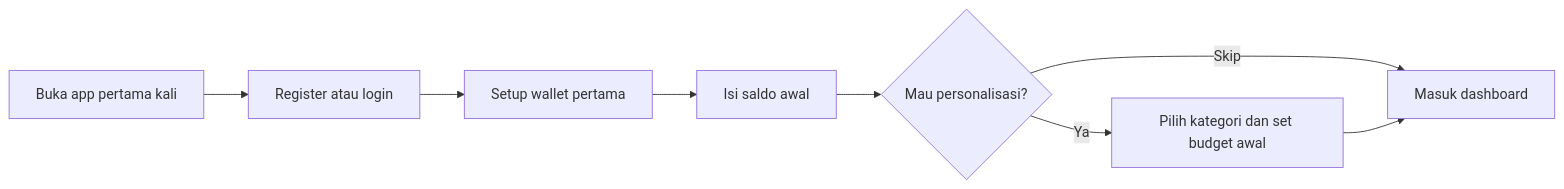
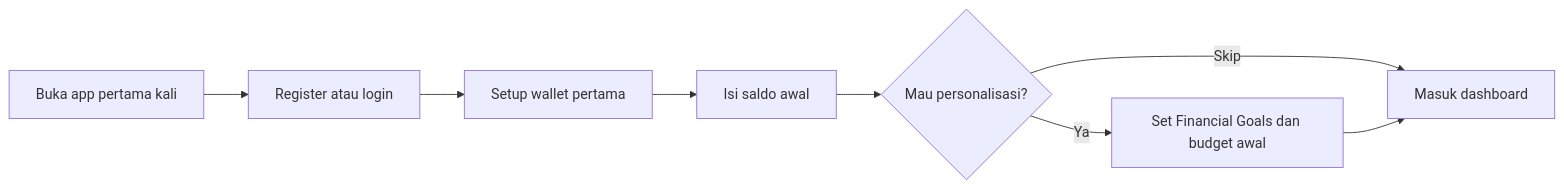
The fourth of 11 diagrams in docs/PRD.md (RioSudrajat/Halofin), drawn with Mermaid before and after one commit. The commit also changed other lines of this file and 5 other files, not shown here.

````diff
--- a/docs/PRD.md
+++ b/docs/PRD.md
@@ -551,10 +563,10 @@
 ```mermaid
 flowchart LR
     A["Buka app pertama kali"] --> B["Register atau login"]
     B --> C["Setup wallet pertama"]
     C --> D["Isi saldo awal"]
     D --> E{"Mau personalisasi?"}
-    E -->|Ya| F["Pilih kategori dan set budget awal"]
+    E -->|Ya| F["Set Financial Goals dan budget awal"]
     E -->|Skip| G["Masuk dashboard"]
     F --> G
 ```
````
